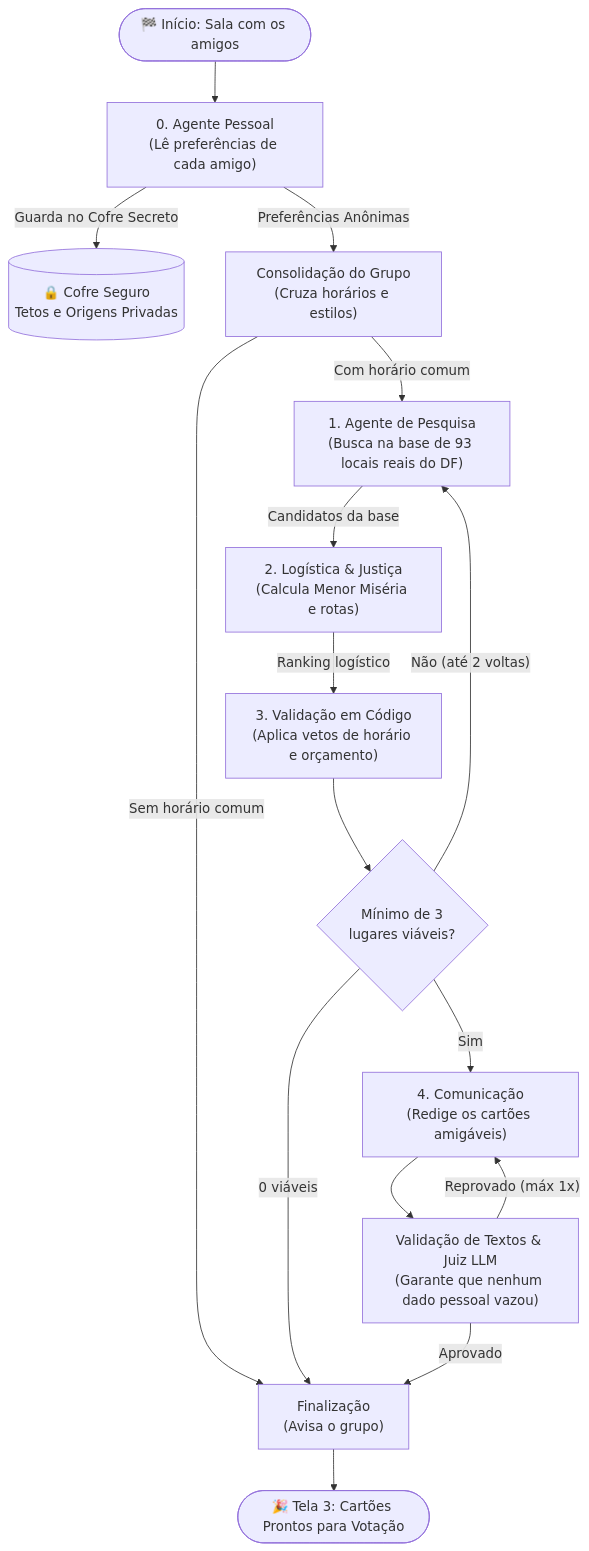
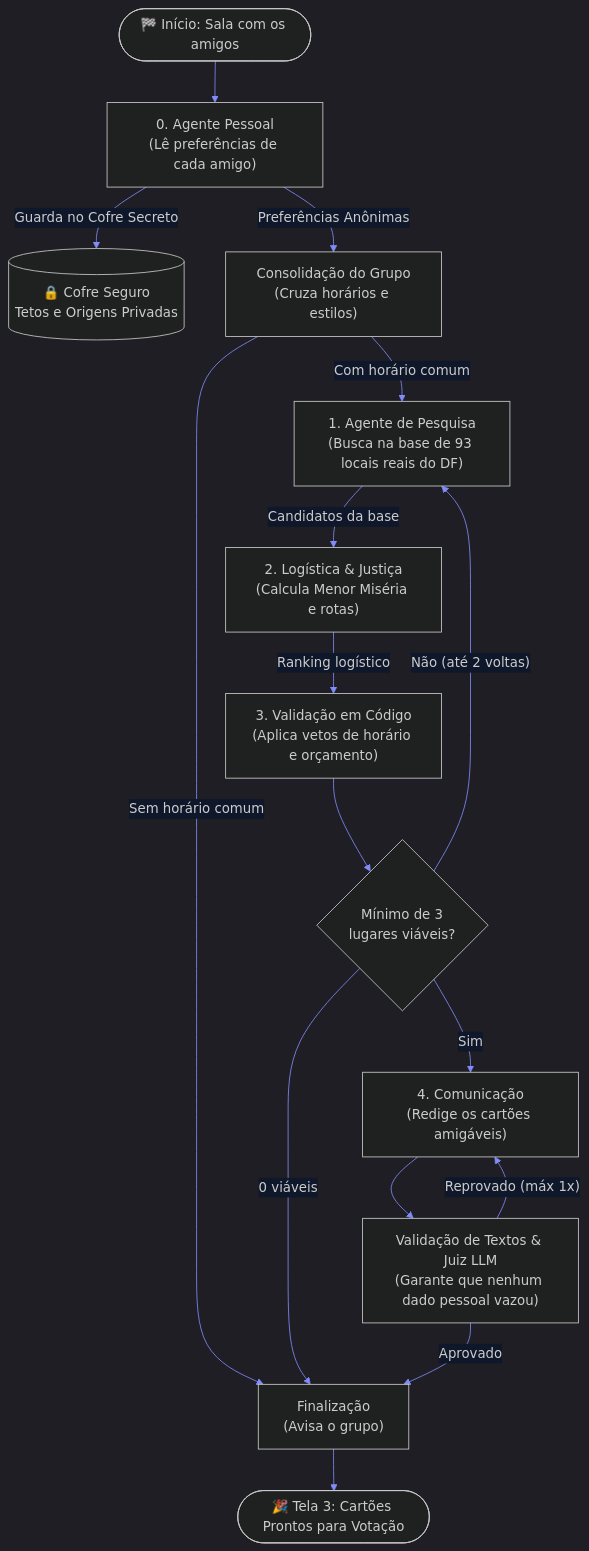
Before and after one commit to Residencia-IA-Challenge-2-Grupo-7/residencia-ia-g7-challenge2: the diagram in docs/arquitetura/multiagente.md, drawn with Mermaid. The commit also changed 2 other files, not shown here.

Commit message:
style(docs): forca alto contraste no mermaid com tema escuro e texto branco (#27)

````diff
--- a/docs/arquitetura/multiagente.md
+++ b/docs/arquitetura/multiagente.md
@@ -30,23 +30,24 @@
 ```mermaid
+%%{init: {'theme': 'dark', 'themeVariables': {'darkMode': true, 'primaryColor': '#1e293b', 'primaryTextColor': '#ffffff', 'primaryBorderColor': '#818cf8', 'lineColor': '#818cf8', 'edgeLabelBackground': '#0f172a'}}}%%
 flowchart TD
     IN(["🏁 Início: Sala com os amigos"]) --> P["0. Agente Pessoal<br/>(Lê preferências de cada amigo)"]
     P -->|"Guarda no Cofre Secreto"| COF[("🔒 Cofre Seguro<br/>Tetos e Origens Privadas")]
     P -->|"Preferências Anônimas"| G["Consolidação do Grupo<br/>(Cruza horários e estilos)"]
     
     G -->|"Com horário comum"| PQ["1. Agente de Pesquisa<br/>(Busca na base de 93 locais reais do DF)"]
     G -->|"Sem horário comum"| F["Finalização<br/>(Avisa o grupo)"]
     
     PQ -->|"Candidatos da base"| L["2. Logística & Justiça<br/>(Calcula Menor Miséria e rotas)"]
     L -->|"Ranking logístico"| V["3. Validação em Código<br/>(Aplica vetos de horário e orçamento)"]
     
     V --> C1{"Mínimo de 3<br/>lugares viáveis?"}
     C1 -->|"Não (até 2 voltas)"| PQ
     C1 -->|"Sim"| CM["4. Comunicação<br/>(Redige os cartões amigáveis)"]
     C1 -->|"0 viáveis"| F
     
     CM --> VT["Validação de Textos & Juiz LLM<br/>(Garante que nenhum dado pessoal vazou)"]
     VT -->|"Reprovado (máx 1x)"| CM
     VT -->|"Aprovado"| F
     
     F --> OUT(["🎉 Tela 3: Cartões Prontos para Votação"])
 ```
````
